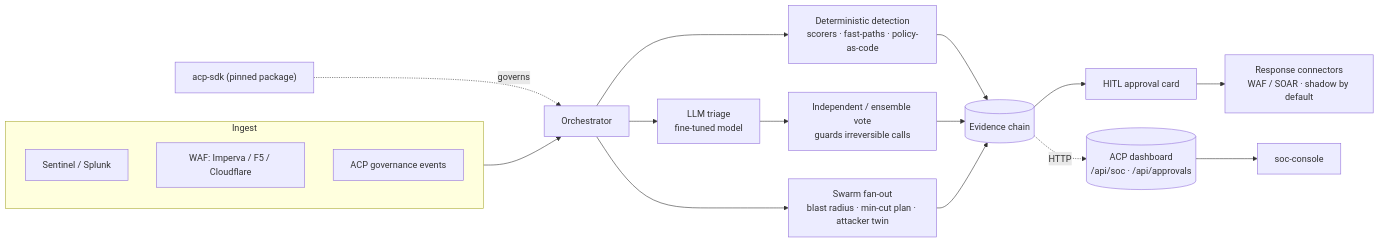
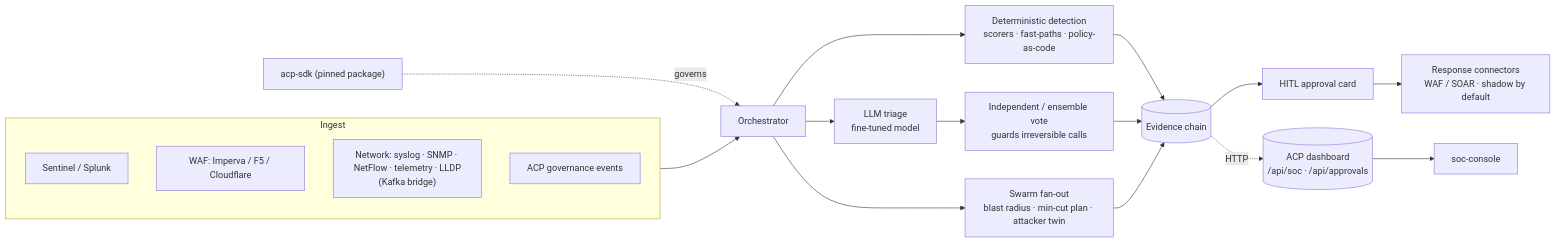
One commit to mahi80/BlueDefence changed the diagram in README.md. Above: the diagram before and after it, drawn with Mermaid. The commit also changed other lines of this file and 36 other files, not shown here.

First line of the commit message:
Network assurance agent + fault bench + Java Kafka bridge

````diff
--- a/README.md
+++ b/README.md
@@ -13,21 +13,22 @@
 ```mermaid
 flowchart LR
   subgraph IN[Ingest]
     SIEM[Sentinel / Splunk]
     WAF[WAF: Imperva / F5 / Cloudflare]
+    NET["Network: syslog · SNMP · NetFlow · telemetry · LLDP<br/>(Kafka bridge)"]
     GOVE[ACP governance events]
   end
   IN --> ORCH[Orchestrator]
   ORCH --> DET["Deterministic detection<br/>scorers · fast-paths · policy-as-code"]
   ORCH --> TRI["LLM triage<br/>fine-tuned model"]
   TRI --> VOTE["Independent / ensemble vote<br/>guards irreversible calls"]
   ORCH --> SW["Swarm fan-out<br/>blast radius · min-cut plan · attacker twin"]
   DET --> CH[(Evidence chain)]
   VOTE --> CH
   SW --> CH
   CH --> HITL[HITL approval card]
   HITL --> RESP["Response connectors<br/>WAF / SOAR · shadow by default"]
   CH -. HTTP .-> DASH[(ACP dashboard<br/>/api/soc · /api/approvals)]
   DASH --> CON[soc-console]
   SDK["acp-sdk (pinned package)"] -. governs .-> ORCH
 ```
````
